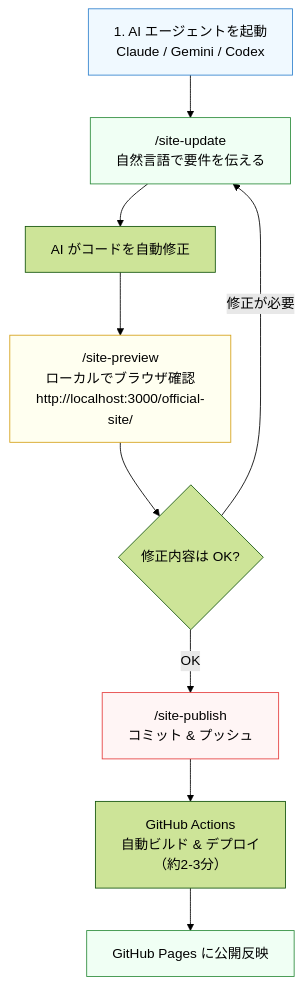
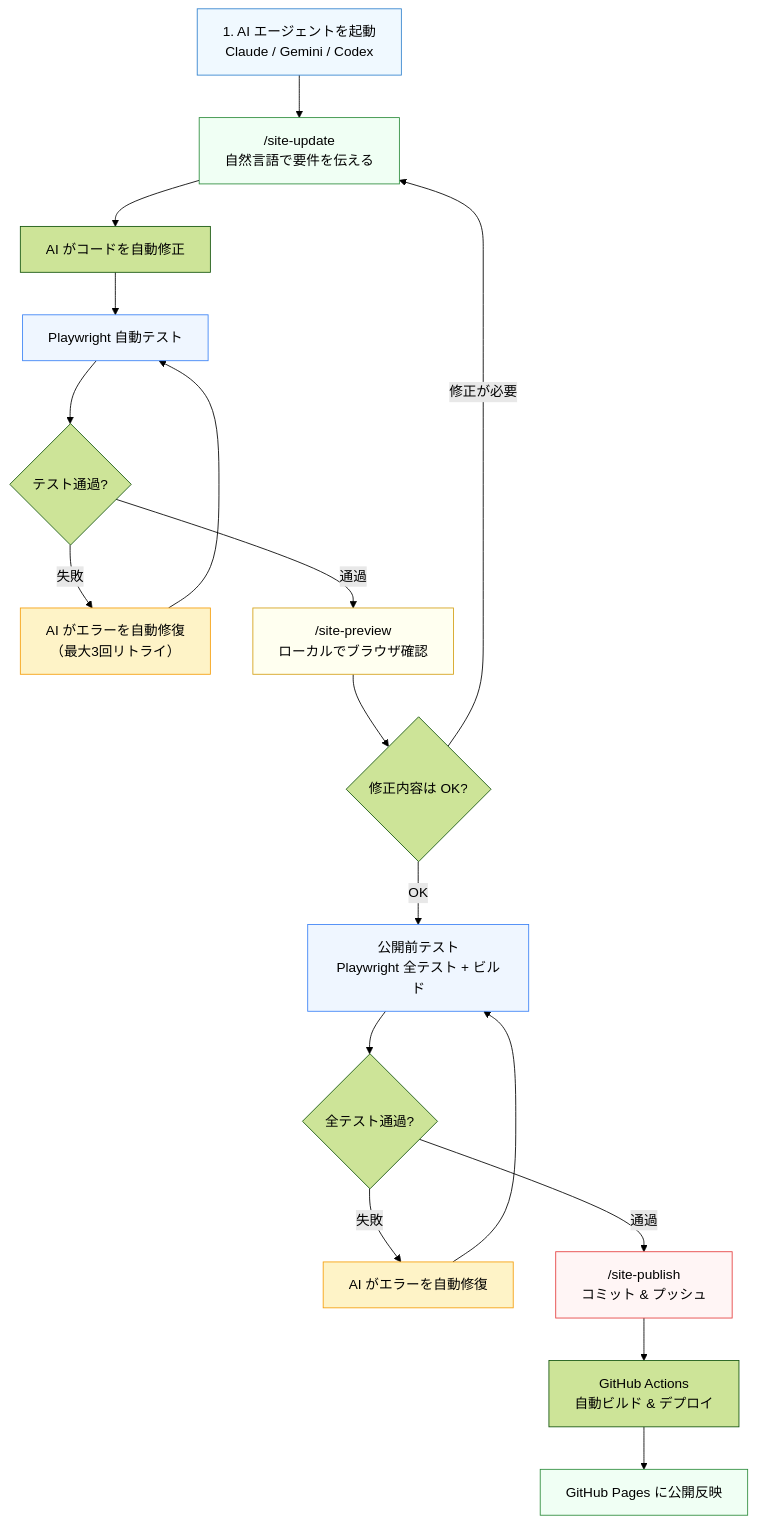
One commit to kaiho-yuuhikai/official-site changed the first of 4 diagrams in README.md. Above: the diagram before and after it, drawn with Mermaid (forest theme). The commit also changed other lines of this file and 19 other files, not shown here.

````diff
--- a/README.md
+++ b/README.md
@@ -124,17 +124,29 @@
 ```mermaid
 flowchart TD
     A["1. AI エージェントを起動\nClaude / Gemini / Codex"] --> B["/site-update\n自然言語で要件を伝える"]
     B --> C["AI がコードを自動修正"]
-    C --> D["/site-preview\nローカルでブラウザ確認\nhttp://localhost:3000/official-site/"]
+    C --> T["Playwright 自動テスト"]
+    T --> T_CHECK{テスト通過?}
+    T_CHECK -- "失敗" --> FIX["AI がエラーを自動修復\n（最大3回リトライ）"]
+    FIX --> T
+    T_CHECK -- "通過" --> D["/site-preview\nローカルでブラウザ確認"]
     D --> E{修正内容は OK?}
     E -- "修正が必要" --> B
-    E -- "OK" --> F["/site-publish\nコミット & プッシュ"]
-    F --> G["GitHub Actions\n自動ビルド & デプロイ\n（約2-3分）"]
+    E -- "OK" --> PUB_TEST["公開前テスト\nPlaywright 全テスト + ビルド"]
+    PUB_TEST --> PUB_CHECK{全テスト通過?}
+    PUB_CHECK -- "失敗" --> FIX2["AI がエラーを自動修復"]
+    FIX2 --> PUB_TEST
+    PUB_CHECK -- "通過" --> F["/site-publish\nコミット & プッシュ"]
+    F --> G["GitHub Actions\n自動ビルド & デプロイ"]
     G --> H["GitHub Pages に公開反映"]
 
     style A fill:#f0f9ff,stroke:#3182ce
     style B fill:#f0fff4,stroke:#2d8c3c
+    style T fill:#eff6ff,stroke:#3b82f6
+    style FIX fill:#fef3c7,stroke:#f59e0b
+    style FIX2 fill:#fef3c7,stroke:#f59e0b
     style D fill:#fffff0,stroke:#d4a017
+    style PUB_TEST fill:#eff6ff,stroke:#3b82f6
     style F fill:#fff5f5,stroke:#e53e3e
     style H fill:#f0fff4,stroke:#2d8c3c
 ```
````
